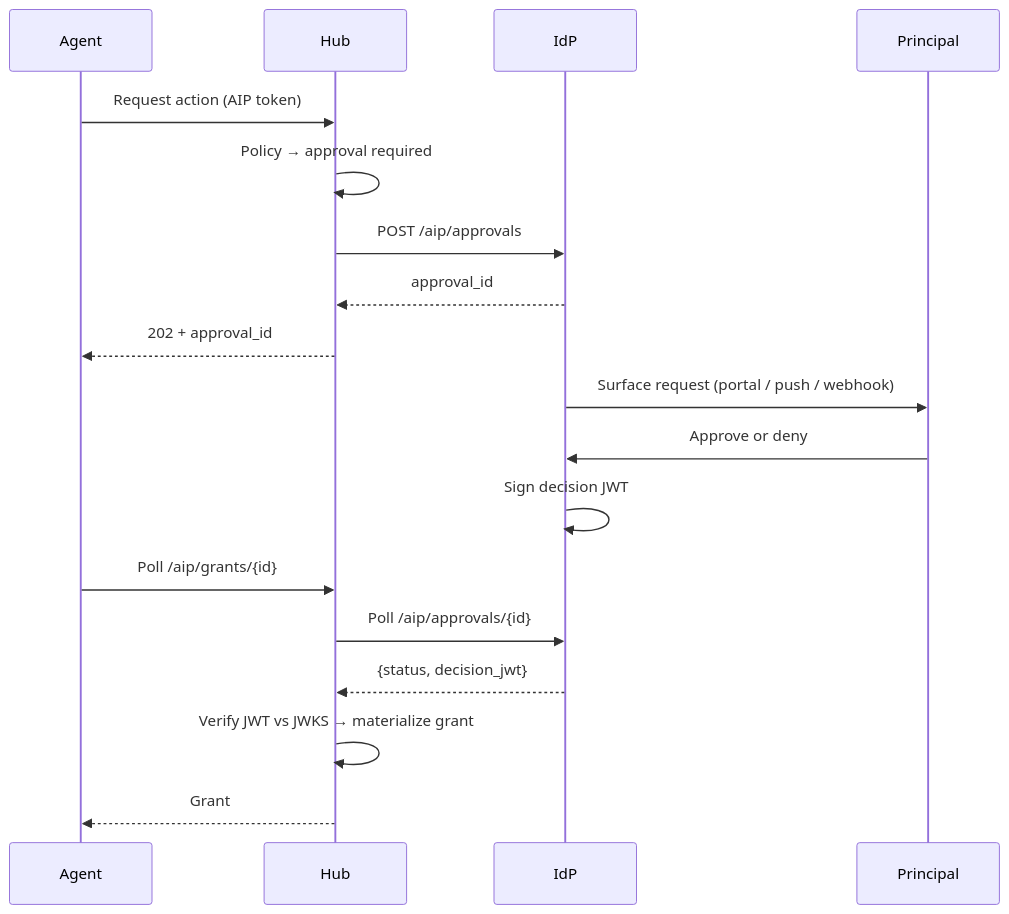
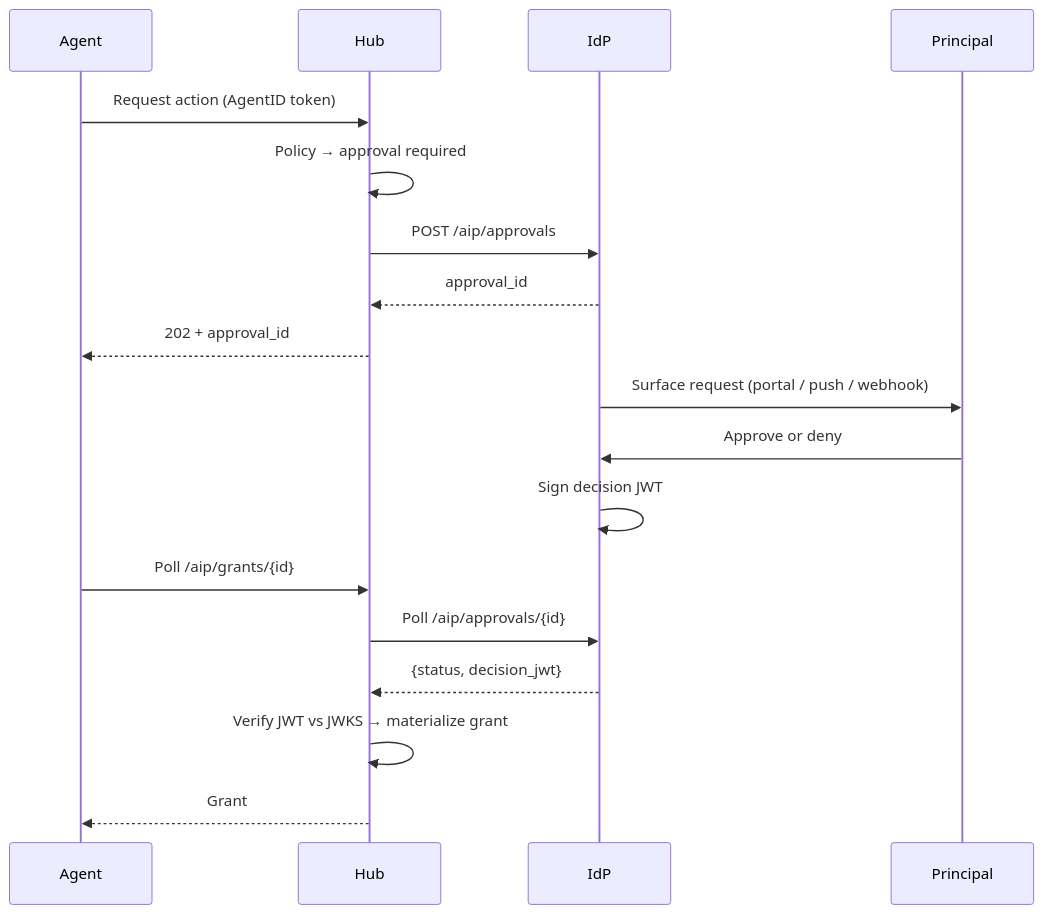
Before and after one commit to agentscope-ai/agent-identity: the tenth of 14 diagrams in design/2026-03-25-agentid.en.md, drawn with Mermaid. The commit also changed other lines of this file and 10 other files, not shown here.

````diff
--- a/design/2026-03-25-agentid.en.md
+++ b/design/2026-03-25-agentid.en.md
@@ -865,21 +865,21 @@
 ```mermaid
 sequenceDiagram
     participant Agent
     participant Hub
     participant IdP
     participant Principal
 
-    Agent->>Hub: Request action (AIP token)
+    Agent->>Hub: Request action (AgentID token)
     Hub->>Hub: Policy → approval required
     Hub->>IdP: POST /aip/approvals
     IdP-->>Hub: approval_id
     Hub-->>Agent: 202 + approval_id
     IdP->>Principal: Surface request (portal / push / webhook)
     Principal->>IdP: Approve or deny
     IdP->>IdP: Sign decision JWT
     Agent->>Hub: Poll /aip/grants/{id}
     Hub->>IdP: Poll /aip/approvals/{id}
     IdP-->>Hub: {status, decision_jwt}
     Hub->>Hub: Verify JWT vs JWKS → materialize grant
     Hub-->>Agent: Grant
 ```
````
